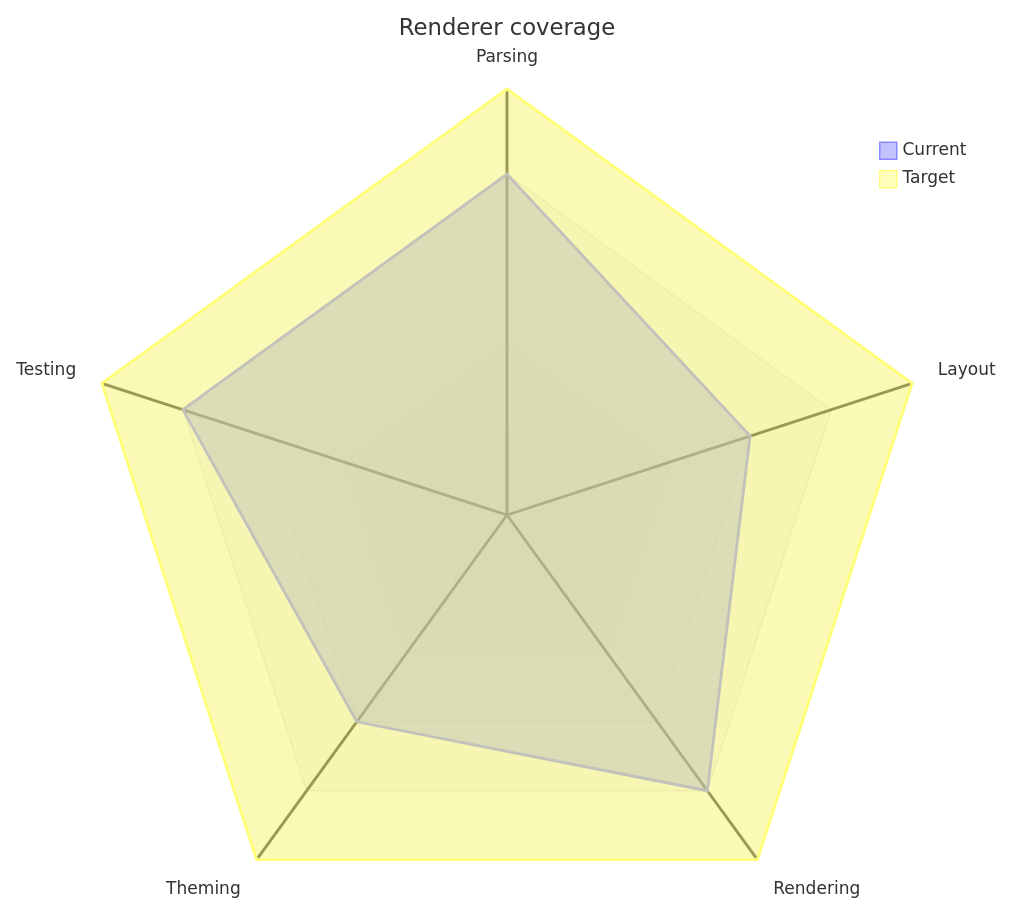
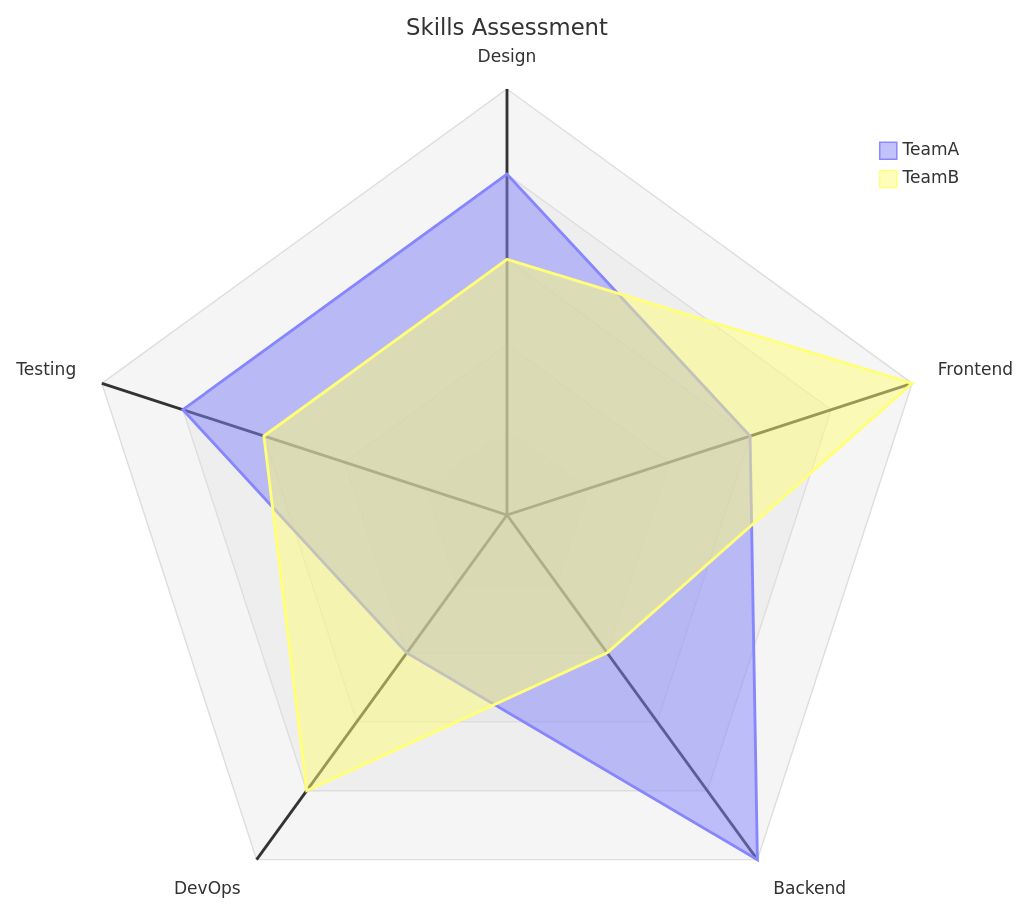
Diagram 11 of 26 in tests/Mermaider.Tests/Fixtures/mermaid.md (nullean/mermaider), drawn with Mermaid before and after one commit. The commit also changed other lines of this file, not shown here.

Commit message:
Reword mermaid.md fixture prose for Mermaider; keep all diagram content intact

````diff
--- a/tests/Mermaider.Tests/Fixtures/mermaid.md
+++ b/tests/Mermaider.Tests/Fixtures/mermaid.md
@@ -163,9 +165,9 @@
 ```mermaid
 radar-beta
-    title Renderer coverage
-    axis Parsing, Layout, Rendering, Theming, Testing
-    curve Current{4, 3, 4, 3, 4}
-    curve Target{5, 5, 5, 5, 5}
+    title Skills Assessment
+    axis Design, Frontend, Backend, DevOps, Testing
+    curve TeamA{4, 3, 5, 2, 4}
+    curve TeamB{3, 5, 2, 4, 3}
     max 5
     graticule polygon
 ```
````
